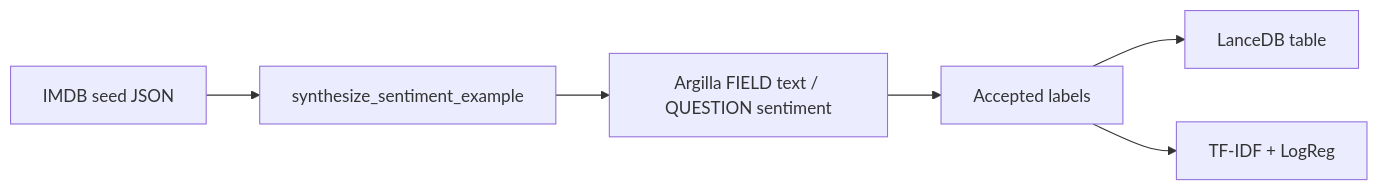
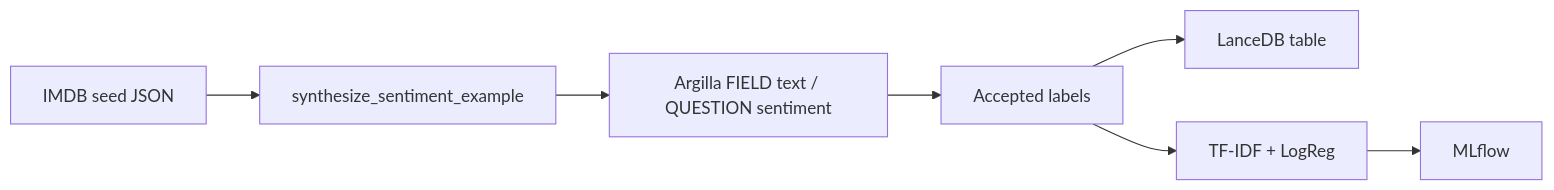
The second of 2 diagrams in docs/example_projects/sentiment_flywheel.md (jostosh/py-gen-ml), drawn with Mermaid before and after one commit. The commit also changed other lines of this file and 48 other files, not shown here.

````diff
--- a/docs/example_projects/sentiment_flywheel.md
+++ b/docs/example_projects/sentiment_flywheel.md
@@ -29,8 +38,9 @@
 ```mermaid
 flowchart LR
   imdb["IMDB seed JSON"] --> synth["synthesize_sentiment_example"]
   synth --> argilla["Argilla FIELD text / QUESTION sentiment"]
   argilla --> labels["Accepted labels"]
   labels --> lanceStore["LanceDB table"]
   labels --> train["TF-IDF + LogReg"]
+  train --> track["MLflow"]
 ```
````
